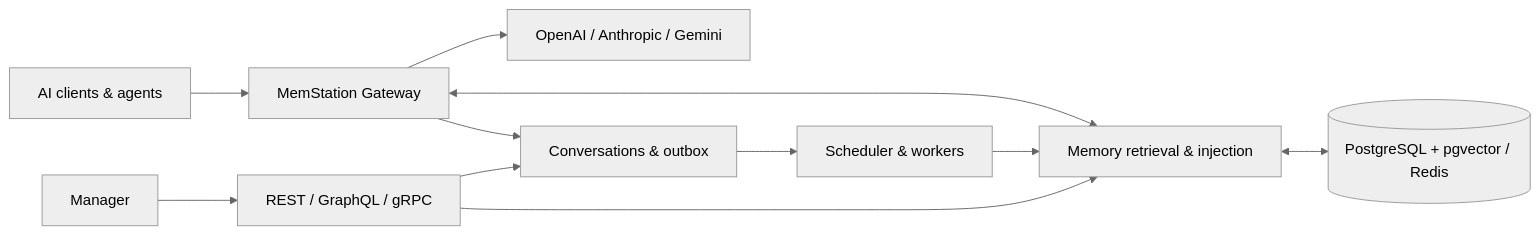
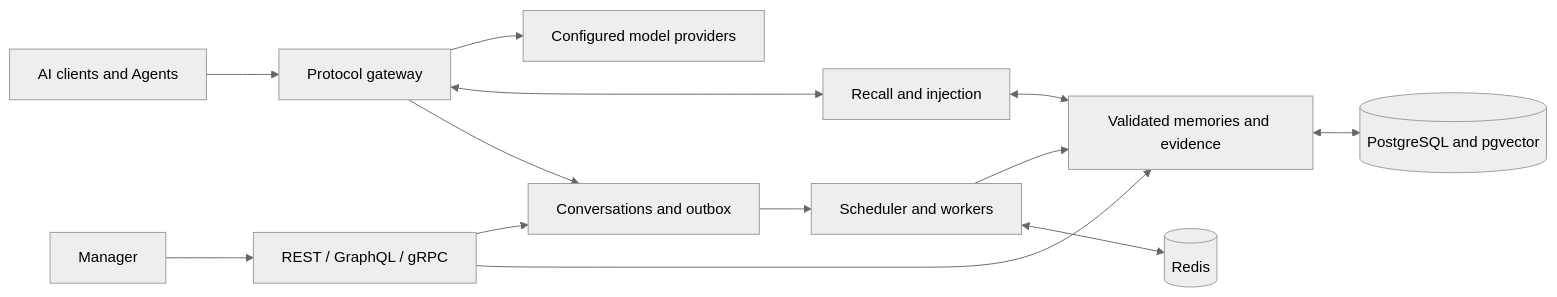
One commit to backrunner/memstation changed the diagram in README.md. Above: the diagram before and after it, drawn with Mermaid (neutral theme). The commit also changed other lines of this file and 17 other files, not shown here.

Commit message:
chore: prepare MemStation for public open-source collaboration

````diff
--- a/README.md
+++ b/README.md
@@ -47,13 +61,15 @@
 ```mermaid
 flowchart LR
-  Client[AI clients & agents] --> Gateway[MemStation Gateway]
-  Gateway --> Providers[OpenAI / Anthropic / Gemini]
-  Gateway <--> Memory[Memory retrieval & injection]
-  Gateway --> Outbox[Conversations & outbox]
-  Outbox --> Workers[Scheduler & workers]
-  Workers --> Memory
-  Memory <--> Storage[(PostgreSQL + pgvector / Redis)]
+  Client[AI clients and Agents] --> Gateway[Protocol gateway]
+  Gateway --> Models[Configured model providers]
+  Gateway <--> Recall[Recall and injection]
+  Gateway --> Conversations[Conversations and outbox]
+  Conversations --> Workers[Scheduler and workers]
+  Workers --> Memories[Validated memories and evidence]
+  Recall <--> Memories
+  Memories <--> DB[(PostgreSQL and pgvector)]
+  Workers <--> Redis[(Redis)]
   Manager[Manager] --> Admin[REST / GraphQL / gRPC]
-  Admin --> Memory
-  Admin --> Outbox
+  Admin --> Conversations
+  Admin --> Memories
 ```
````
